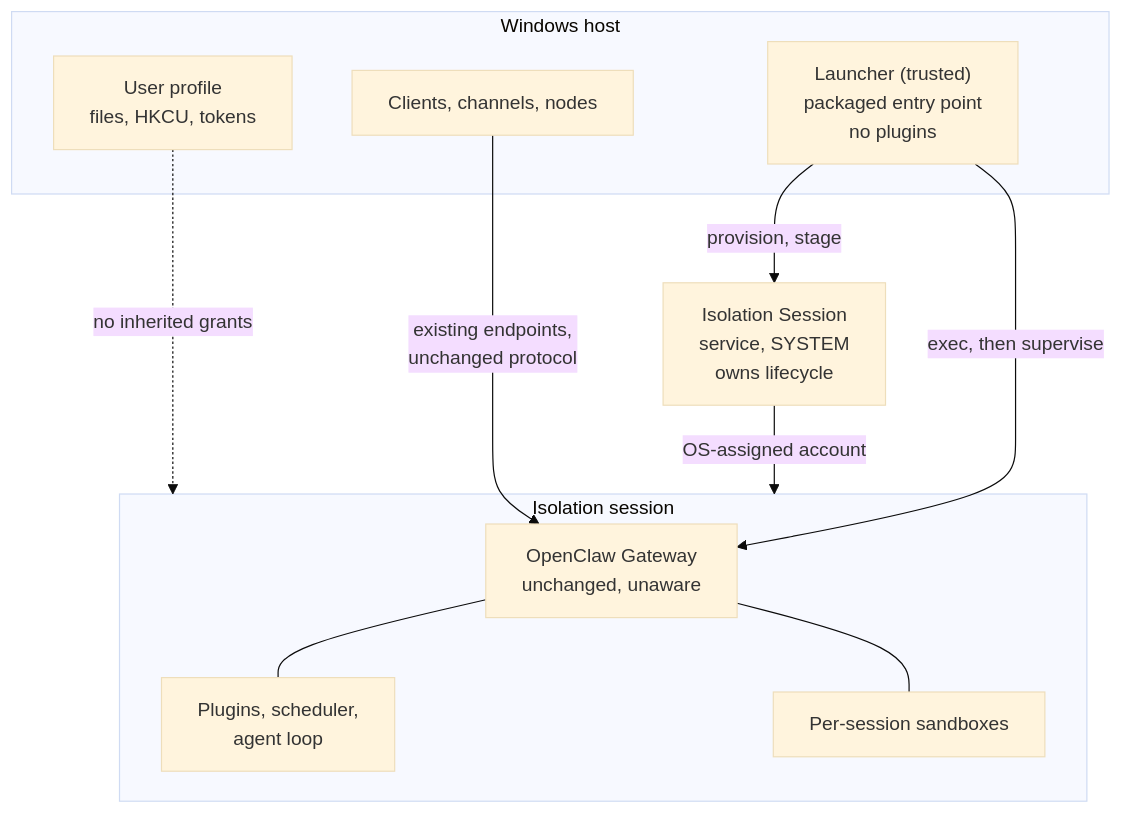
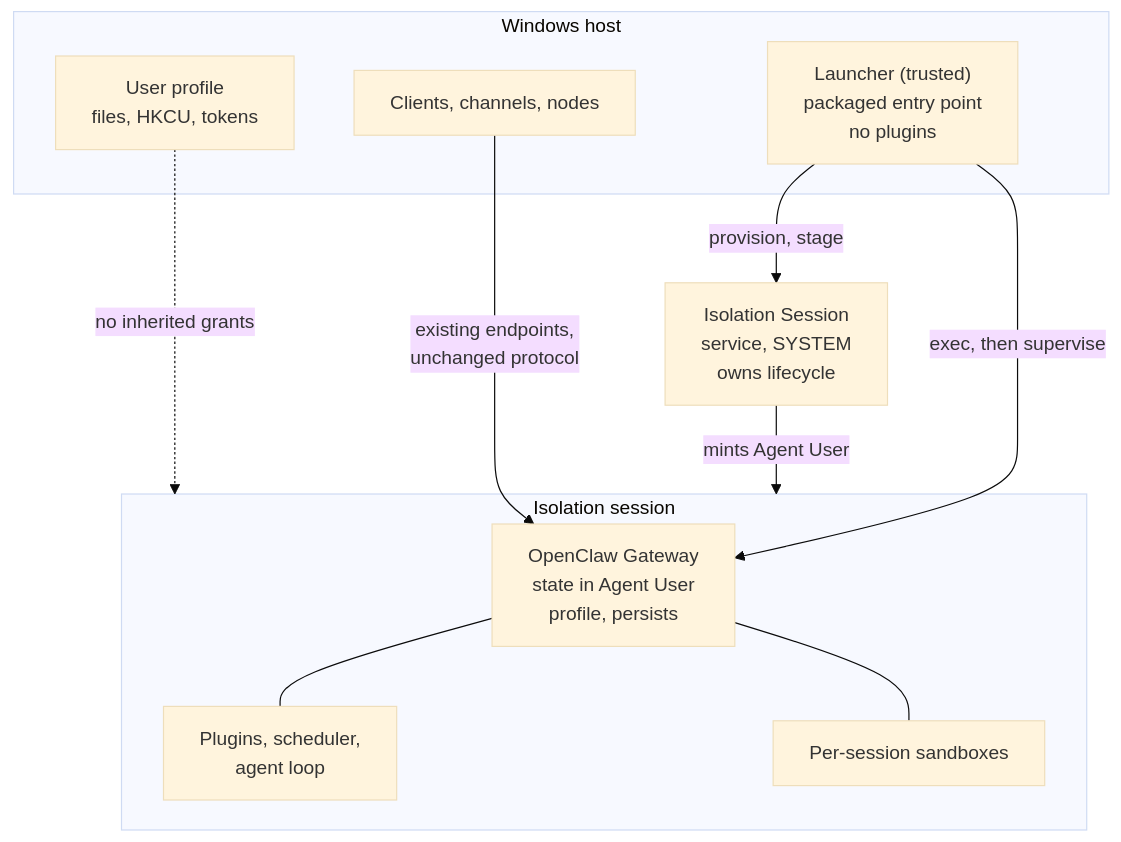
One commit to openclaw/rfcs changed the diagram in rfcs/0032-gateway-containment-windows-isolation-session.md. Above: the diagram before and after it, drawn with Mermaid (base theme). The commit also changed other lines of this file, not shown here.

First line of the commit message:
docs: adopt Agent User terminology and a persistent account model

````diff
--- a/rfcs/0032-gateway-containment-windows-isolation-session.md
+++ b/rfcs/0032-gateway-containment-windows-isolation-session.md
@@ -324,24 +329,24 @@
 ```mermaid
 flowchart TB
   subgraph host["Windows host"]
     user["User profile<br/>files, HKCU, tokens"]
     client["Clients, channels, nodes"]
     launcher["Launcher (trusted)<br/>packaged entry point<br/>no plugins"]
   end
 
   svc["Isolation Session<br/>service, SYSTEM<br/>owns lifecycle"]
 
   subgraph iso["Isolation session"]
-    gw["OpenClaw Gateway<br/>unchanged, unaware"]
+    gw["OpenClaw Gateway<br/>state in Agent User<br/>profile, persists"]
     plugins["Plugins, scheduler,<br/>agent loop"]
     sb["Per-session sandboxes"]
     gw --- plugins
     gw --- sb
   end
 
   launcher -->|"provision, stage"| svc
-  svc -->|"OS-assigned account"| iso
+  svc -->|"mints Agent User"| iso
   launcher -->|"exec, then supervise"| gw
   client -->|"existing endpoints,<br/>unchanged protocol"| gw
   user -.->|"no inherited grants"| iso
 ```
````
